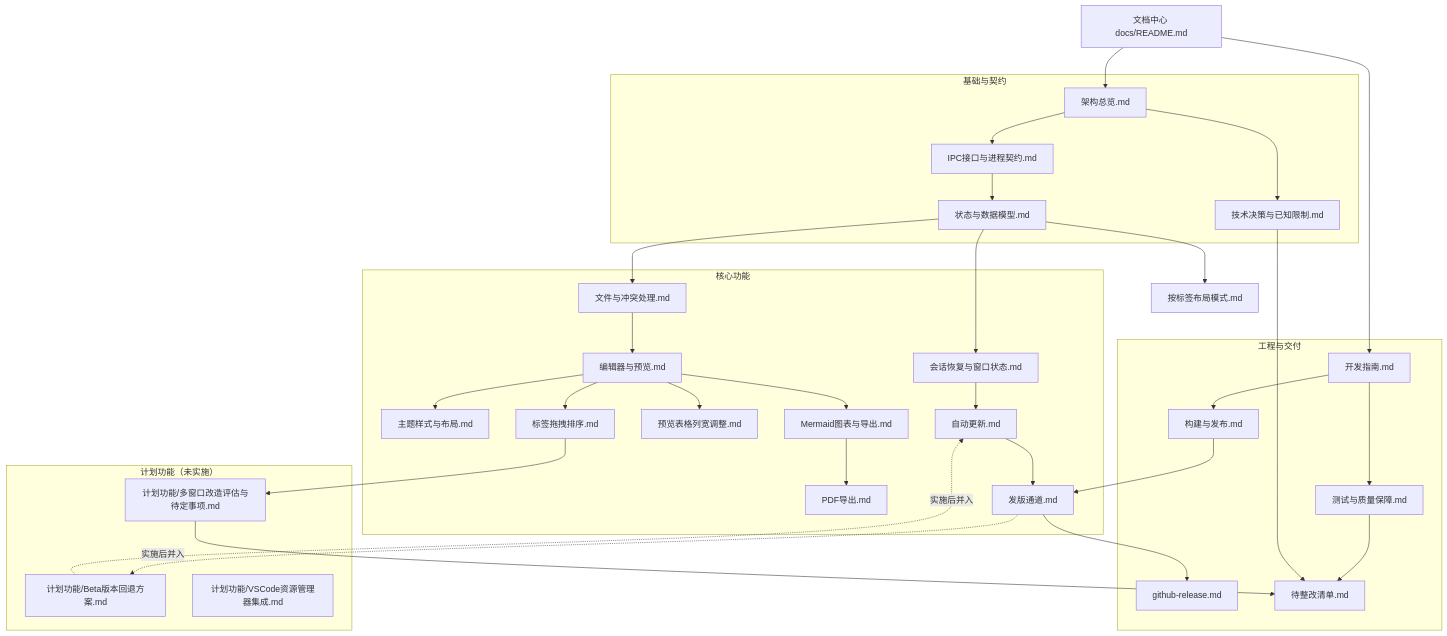
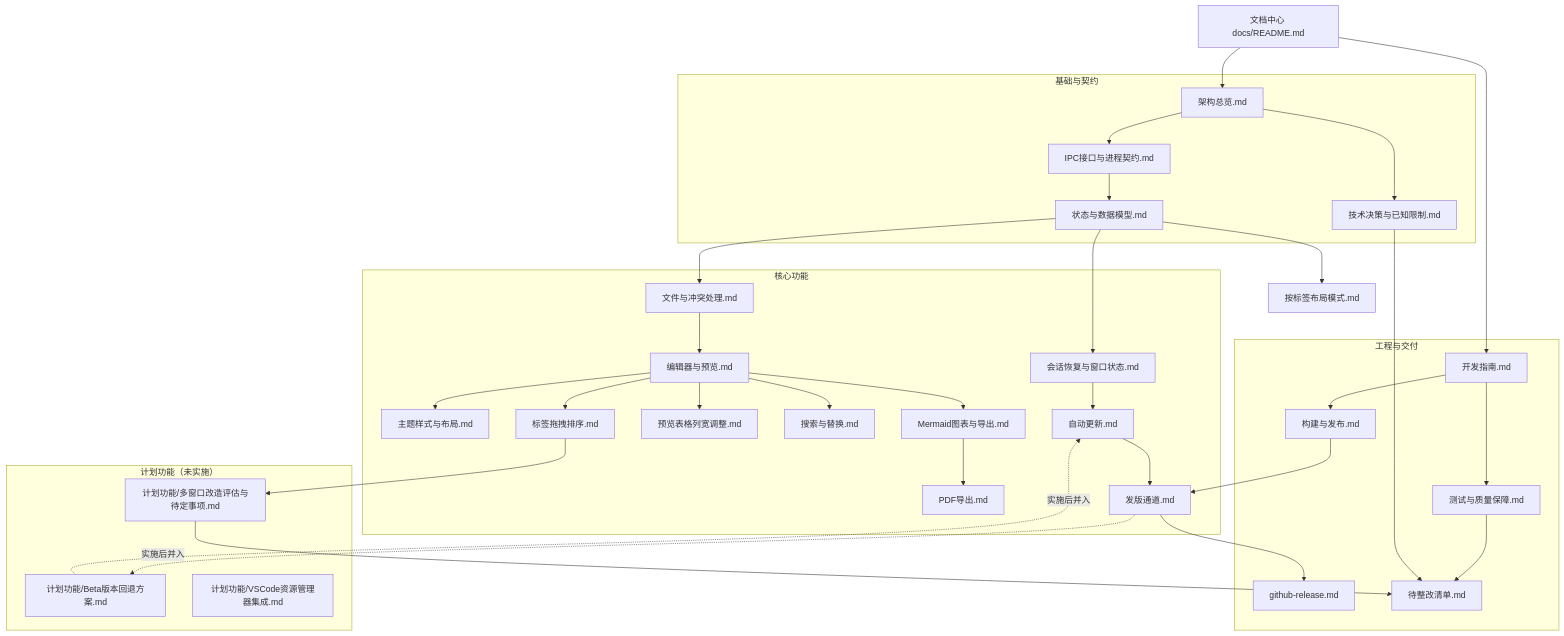
Before and after one commit to Harley-xk/mark-it: the diagram in docs/README.md, drawn with Mermaid. The commit also changed other lines of this file and 18 other files, not shown here.

````diff
--- a/docs/README.md
+++ b/docs/README.md
@@ -14,65 +14,67 @@
 ```mermaid
 flowchart TD
   IDX["文档中心 docs/README.md"]
 
   subgraph 基础与契约
     ARCH["架构总览.md"]
     DEC["技术决策与已知限制.md"]
     IPC["IPC接口与进程契约.md"]
     DATA["状态与数据模型.md"]
   end
 
   subgraph 核心功能
     FILE["文件与冲突处理.md"]
     SESSION["会话恢复与窗口状态.md"]
     EDIT["编辑器与预览.md"]
     THEME["主题样式与布局.md"]
     MERMAID["Mermaid图表与导出.md"]
     PDF["PDF导出.md"]
     TABLE["预览表格列宽调整.md"]
+    SEARCH["搜索与替换.md"]
     TABORDER["标签拖拽排序.md"]
     UPDATE["自动更新.md"]
     CHANNEL["发版通道.md"]
   end
 
   subgraph 工程与交付
     BUILD["构建与发布.md"]
     RELEASE["github-release.md"]
     DEV["开发指南.md"]
     QA["测试与质量保障.md"]
     TODO["待整改清单.md"]
   end
 
   subgraph PLANNED["计划功能（未实施）"]
     MULTI["计划功能/多窗口改造评估与待定事项.md"]
     ROLLBACK["计划功能/Beta版本回退方案.md"]
     VSCODE["计划功能/VSCode资源管理器集成.md"]
   end
 
   IDX --> ARCH
   IDX --> DEV
   ARCH --> DEC
   ARCH --> IPC
   IPC --> DATA
   DATA --> FILE
   DATA --> SESSION
   DATA --> LAYOUT["按标签布局模式.md"]
   FILE --> EDIT
   EDIT --> THEME
   EDIT --> MERMAID
   EDIT --> TABLE
+  EDIT --> SEARCH
   EDIT --> TABORDER
   MERMAID --> PDF
   SESSION --> UPDATE
   UPDATE --> CHANNEL
   DEV --> QA
   DEV --> BUILD
   BUILD --> CHANNEL
   CHANNEL --> RELEASE
   QA --> TODO
   DEC --> TODO
   TABORDER --> MULTI
   MULTI --> TODO
   CHANNEL -. "实施后并入" .-> ROLLBACK
   ROLLBACK -. "实施后并入" .-> UPDATE
 ```
````
